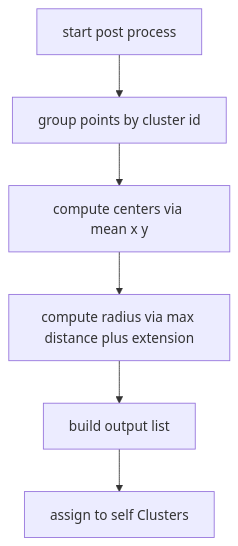
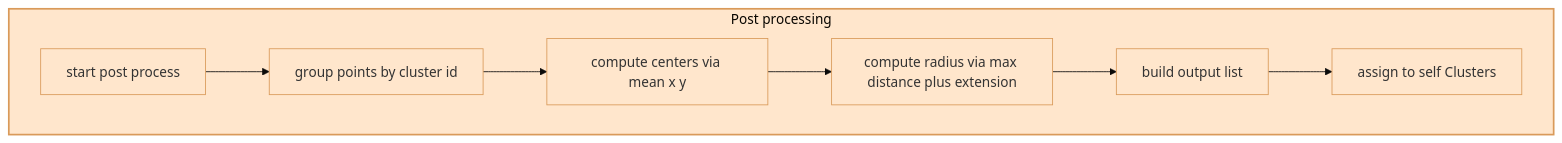
Before and after one commit to Gh0st352/AETHR: diagram 11 of 12 in docs/ai/dbscan.md, drawn with Mermaid. The commit also changed other lines of this file and 2 other files, not shown here.

Commit message:
docs: enhance diagrams in README, data_structures, and dbscan with subgraphs, improved styles, and readability adjustments

````diff
--- a/docs/ai/dbscan.md
+++ b/docs/ai/dbscan.md
@@ -135,8 +234,16 @@
 ```mermaid
-flowchart TD
-  PP0[start post process] --> PP1[group points by cluster id]
-  PP1 --> PP2[compute centers via mean x y]
-  PP2 --> PP3[compute radius via max distance plus extension]
-  PP3 --> PP4[build output list]
-  PP4 --> PP5[assign to self Clusters]
+%%{init: {"theme":"base"}}%%
+flowchart TB
+  subgraph POST [Post processing]
+    style POST fill:#ffe6cc,stroke:#d99a5a,stroke-width:2px
+    PP0[start post process]
+    PP1[group points by cluster id]
+    PP2[compute centers via mean x y]
+    PP3[compute radius via max distance plus extension]
+    PP4[build output list]
+    PP5[assign to self Clusters]
+    PP0 --> PP1 --> PP2 --> PP3 --> PP4 --> PP5
+  end
+  classDef post fill:#ffe6cc,stroke:#d99a5a
+  class PP0,PP1,PP2,PP3,PP4,PP5 post
 ```
````
